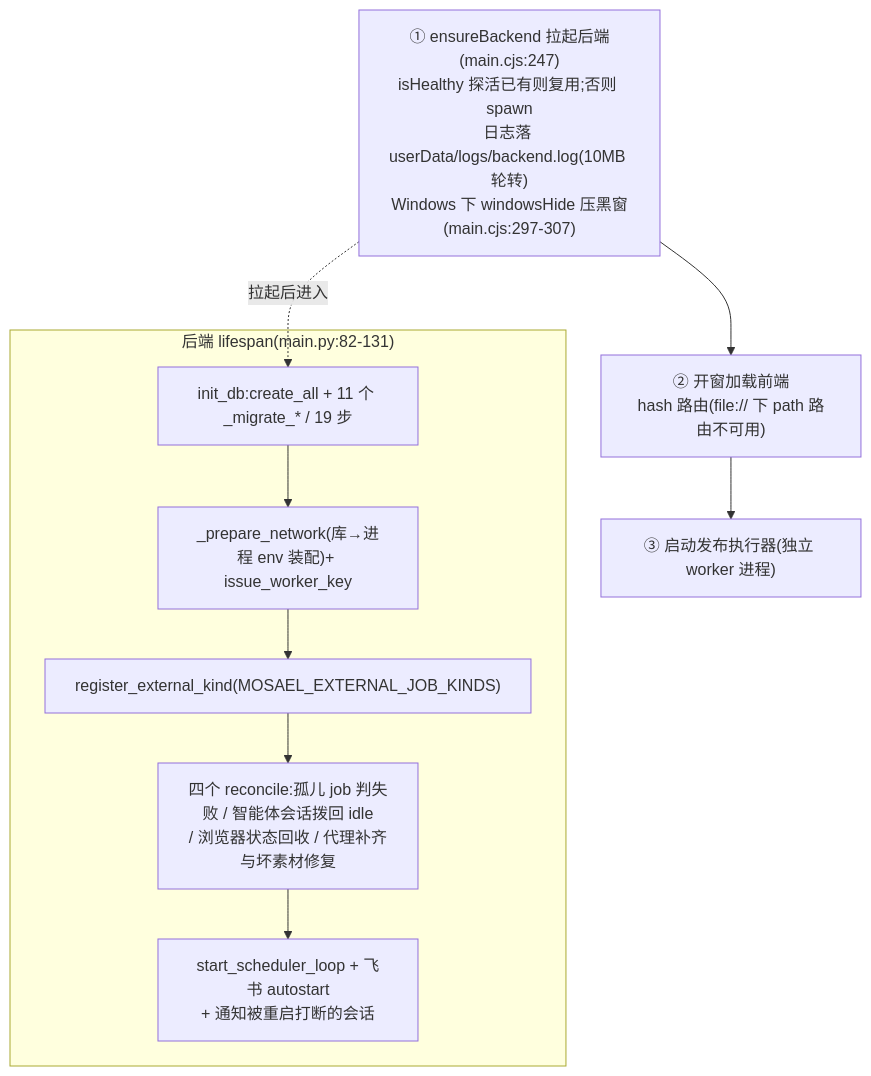
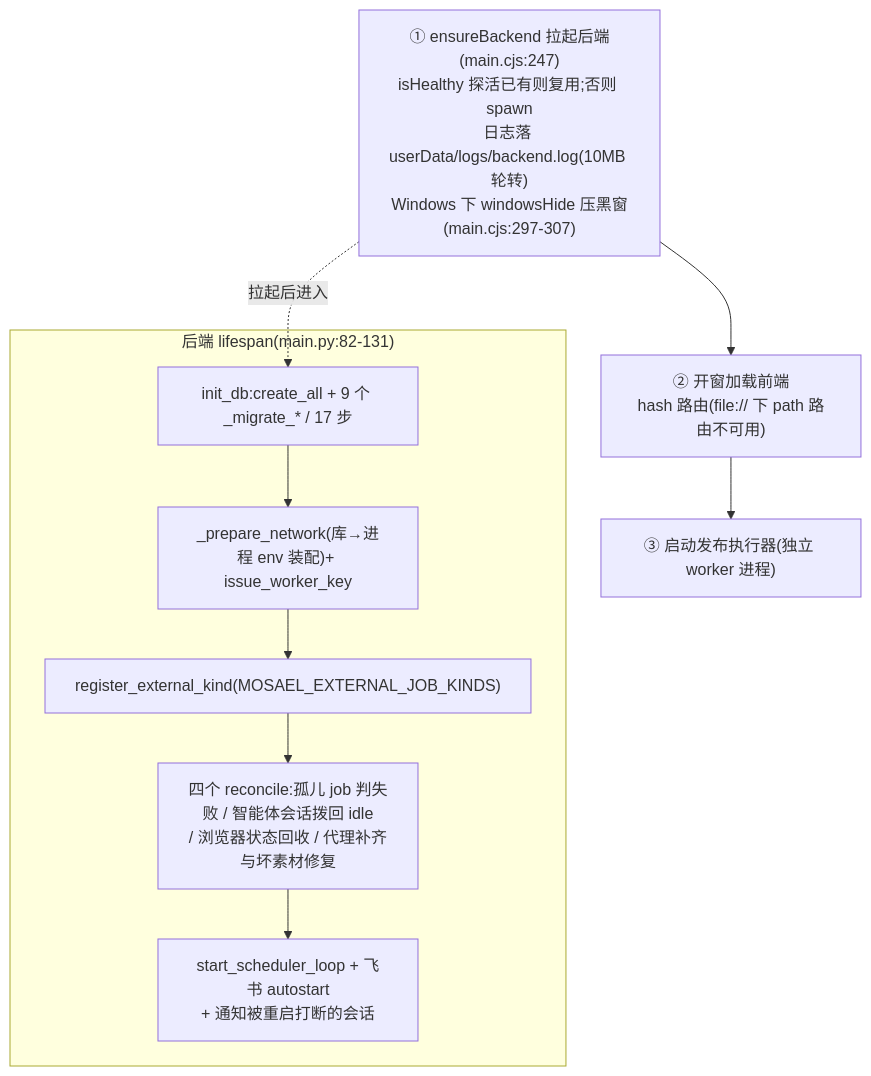
Before and after one commit to Alndaly/Mosael: the second of 16 diagrams in docs/analysis/architecture.md, drawn with Mermaid. The commit also changed other lines of this file and 16 other files, not shown here.

````diff
--- a/docs/analysis/architecture.md
+++ b/docs/analysis/architecture.md
@@ -79,17 +79,17 @@
 ```mermaid
 flowchart TD
     S1["① ensureBackend 拉起后端(main.cjs:247)<br/>isHealthy 探活已有则复用;否则 spawn<br/>日志落 userData/logs/backend.log(10MB 轮转)<br/>Windows 下 windowsHide 压黑窗(main.cjs:297-307)"]
     S2["② 开窗加载前端<br/>hash 路由(file:// 下 path 路由不可用)"]
     S3["③ 启动发布执行器(独立 worker 进程)"]
     S1 --> S2 --> S3
 
     subgraph LIFE["后端 lifespan(main.py:82-131)"]
-        L1["init_db:create_all + 11 个 _migrate_* / 19 步"]
+        L1["init_db:create_all + 9 个 _migrate_* / 17 步"]
         L2["_prepare_network(库→进程 env 装配)+ issue_worker_key"]
         L3["register_external_kind(MOSAEL_EXTERNAL_JOB_KINDS)"]
         L4["四个 reconcile:孤儿 job 判失败 / 智能体会话拨回 idle<br/>/ 浏览器状态回收 / 代理补齐与坏素材修复"]
         L5["start_scheduler_loop + 飞书 autostart<br/>+ 通知被重启打断的会话"]
         L1 --> L2 --> L3 --> L4 --> L5
     end
     S1 -.拉起后进入.-> L1
 ```
````
